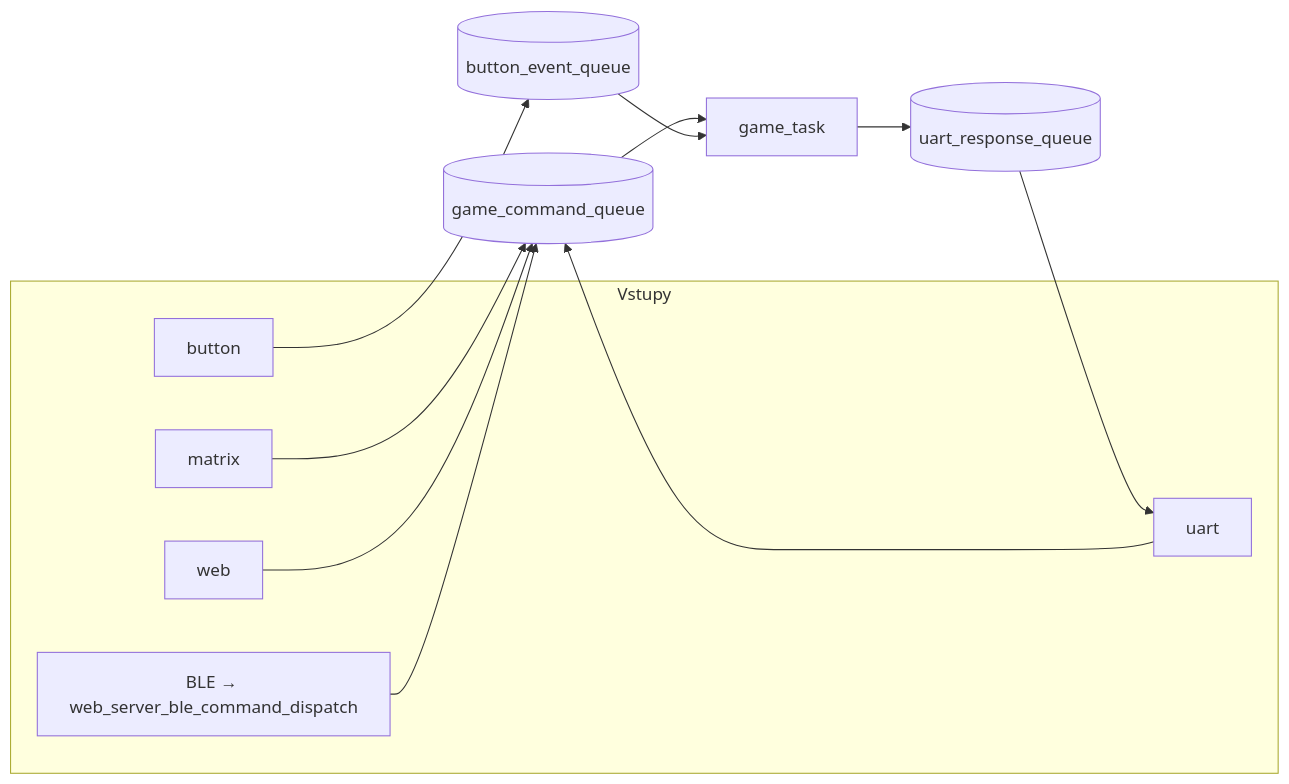
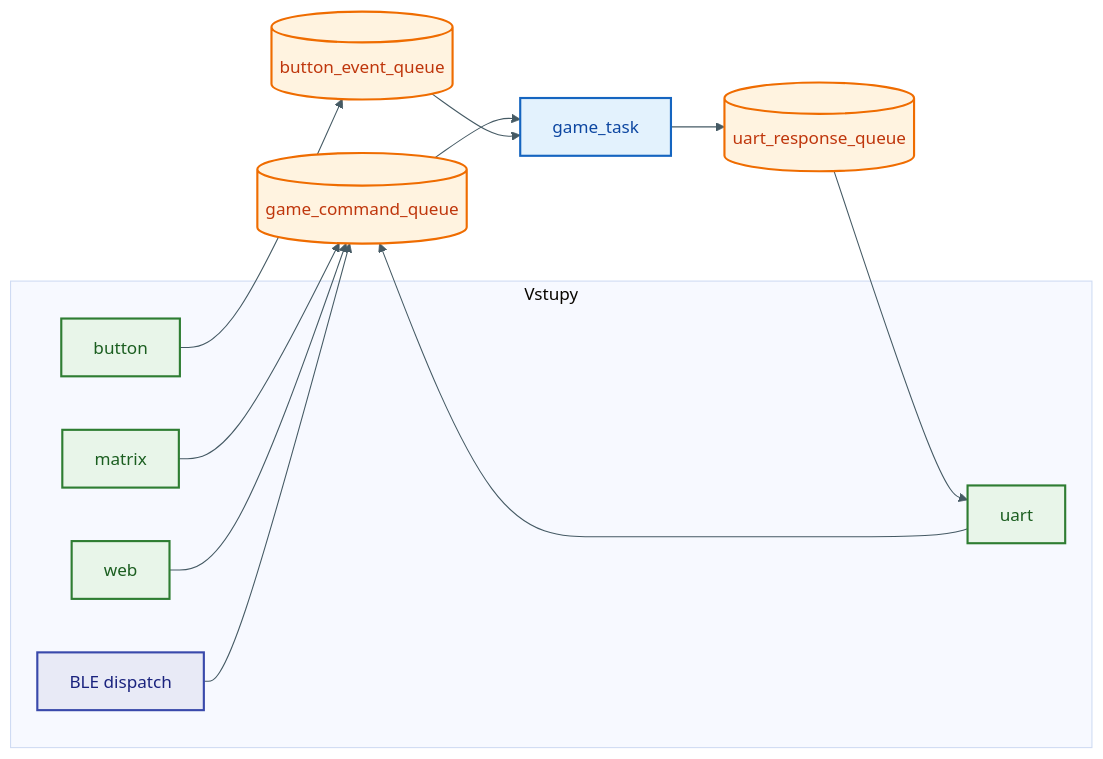
One commit to AlfredKrutina/chess_esp32_c6_devkit changed the diagram in README.md. Above: the diagram before and after it, drawn with Mermaid. The commit also changed other lines of this file and 29 other files, not shown here.

First line of the commit message:
docs: barevné Mermaid SVG, LED + Flutter vrstvy, lokální backlog

````diff
--- a/README.md
+++ b/README.md
@@ -137,21 +141,27 @@
 ```mermaid
+%%{init: {'theme':'base', 'themeVariables': {'lineColor':'#455a64'}}}%%
 flowchart LR
   subgraph IN["Vstupy"]
-    MT[matrix]
-    BTN[button]
-    SER[uart]
-    WEB[web]
-    BLE["BLE → web_server_ble_command_dispatch"]
+    MT[matrix]:::t
+    BTN[button]:::t
+    SER[uart]:::t
+    WEB[web]:::t
+    BLE[BLE dispatch]:::b
   end
-  GQ[(game_command_queue)]
-  BQ[(button_event_queue)]
-  GT[game_task]
+  GQ[(game_command_queue)]:::q
+  BQ[(button_event_queue)]:::q
+  GT[game_task]:::g
   MT --> GQ
   SER --> GQ
   WEB --> GQ
   BLE --> GQ
   BTN --> BQ
   GQ --> GT
   BQ --> GT
-  GT --> URQ[(uart_response_queue)] --> SER
+  GT --> URQ[(uart_response_queue)]:::q --> SER
+
+  classDef t fill:#e8f5e9,stroke:#2e7d32,stroke-width:2px,color:#1b5e20
+  classDef b fill:#e8eaf6,stroke:#3949ab,stroke-width:2px,color:#1a237e
+  classDef q fill:#fff3e0,stroke:#ef6c00,stroke-width:2px,color:#bf360c
+  classDef g fill:#e3f2fd,stroke:#1565c0,stroke-width:2px,color:#0d47a1
 ```
````
